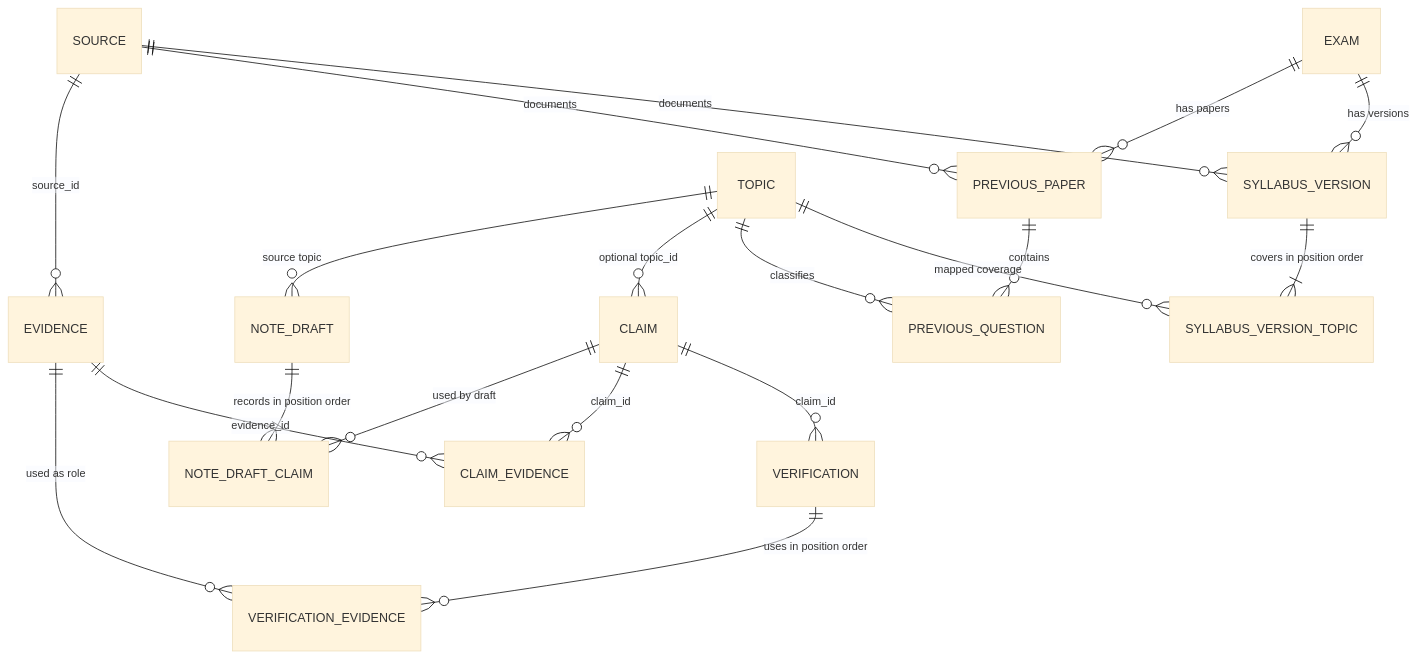
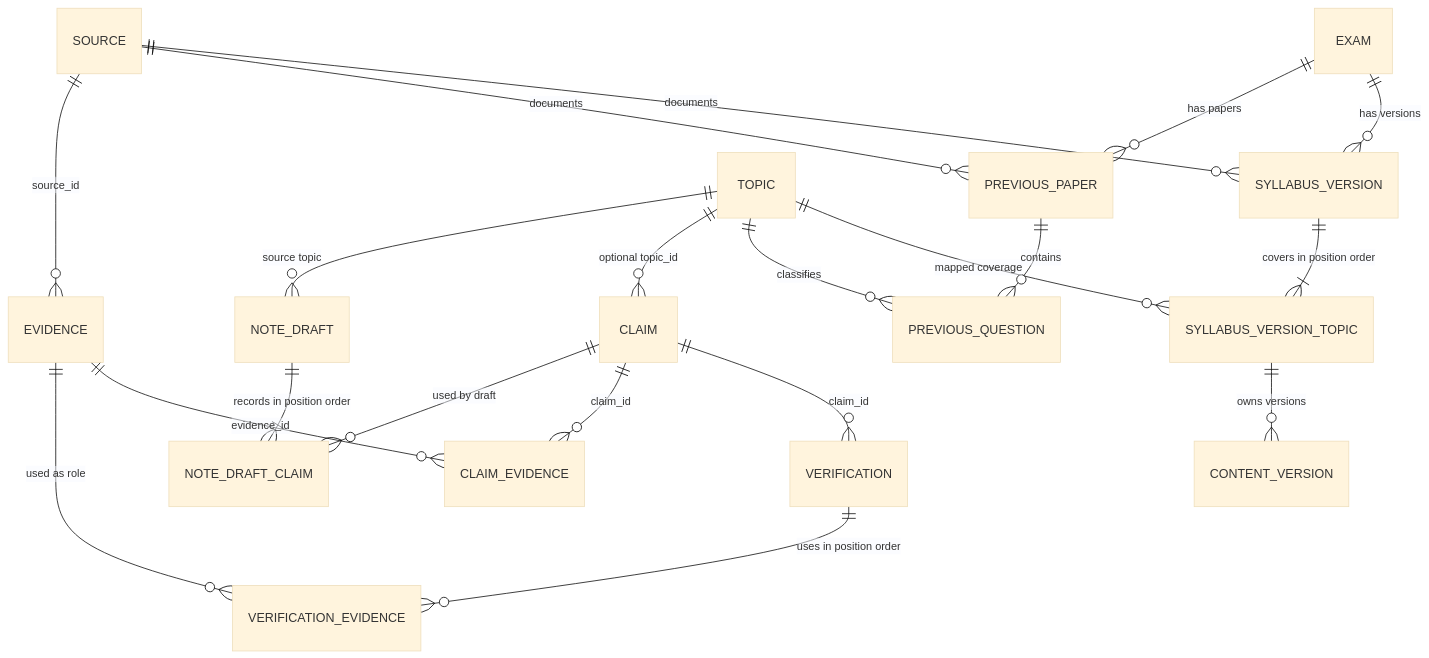
Before and after one commit to Dyuti60/assam-exam-ai: the third of 4 diagrams in docs/architecture.md, drawn with Mermaid (base theme). The commit also changed other lines of this file and 11 other files, not shown here.

Commit message:
feat: add canonical content version foundation

````diff
--- a/docs/architecture.md
+++ b/docs/architecture.md
@@ -70,21 +70,22 @@
 ```mermaid
 erDiagram
     EXAM ||--o{ SYLLABUS_VERSION : "has versions"
     SOURCE ||--o{ SYLLABUS_VERSION : "documents"
     SYLLABUS_VERSION ||--|{ SYLLABUS_VERSION_TOPIC : "covers in position order"
     TOPIC ||--o{ SYLLABUS_VERSION_TOPIC : "mapped coverage"
+    SYLLABUS_VERSION_TOPIC ||--o{ CONTENT_VERSION : "owns versions"
     EXAM ||--o{ PREVIOUS_PAPER : "has papers"
     SOURCE ||--o{ PREVIOUS_PAPER : "documents"
     PREVIOUS_PAPER ||--o{ PREVIOUS_QUESTION : "contains"
     TOPIC ||--o{ PREVIOUS_QUESTION : "classifies"
     TOPIC ||--o{ CLAIM : "optional topic_id"
     SOURCE ||--o{ EVIDENCE : "source_id"
     CLAIM ||--o{ VERIFICATION : "claim_id"
     CLAIM ||--o{ CLAIM_EVIDENCE : "claim_id"
     EVIDENCE ||--o{ CLAIM_EVIDENCE : "evidence_id"
     VERIFICATION ||--o{ VERIFICATION_EVIDENCE : "uses in position order"
     EVIDENCE ||--o{ VERIFICATION_EVIDENCE : "used as role"
     TOPIC ||--o{ NOTE_DRAFT : "source topic"
     NOTE_DRAFT ||--|{ NOTE_DRAFT_CLAIM : "records in position order"
     CLAIM ||--o{ NOTE_DRAFT_CLAIM : "used by draft"
 ```
````
